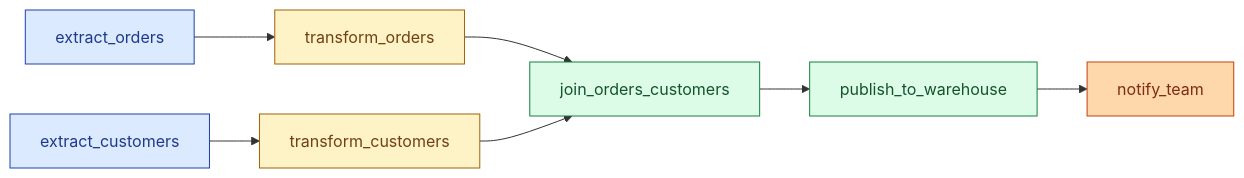
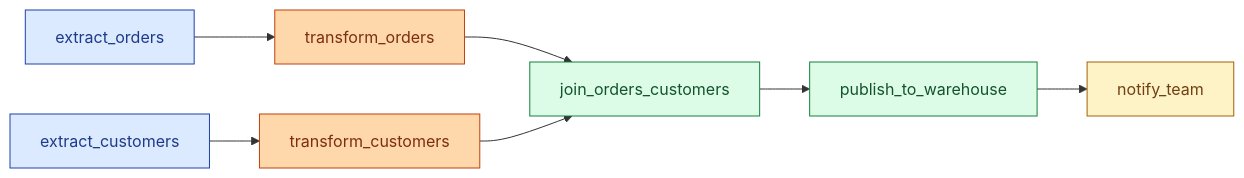
Before and after one commit to shiningflash/shiningflash.github.io: the first of 3 diagrams in _de_concepts/039-dags-and-scheduling.md, drawn with Mermaid. The commit also changed other lines of this file and 69 other files, not shown here.

````diff
--- a/_de_concepts/039-dags-and-scheduling.md
+++ b/_de_concepts/039-dags-and-scheduling.md
@@ -12,14 +16,14 @@
 ```mermaid
 flowchart LR
-    Ext["extract_orders"]:::a --> T1["transform_orders"]:::b
+    Ext1["extract_orders"]:::a --> T1["transform_orders"]:::b
     Ext2["extract_customers"]:::a --> T2["transform_customers"]:::b
     T1 --> J["join_orders_customers"]:::g
     T2 --> J
     J --> P["publish_to_warehouse"]:::g
-    P --> N["notify_team"]:::n
+    P --> N["notify_team"]:::y
 
     classDef a fill:#dbeafe,stroke:#1e40af,color:#1e3a8a
-    classDef b fill:#fef3c7,stroke:#a16207,color:#713f12
+    classDef b fill:#fed7aa,stroke:#c2410c,color:#7c2d12
     classDef g fill:#dcfce7,stroke:#15803d,color:#14532d
-    classDef n fill:#fed7aa,stroke:#c2410c,color:#7c2d12
+    classDef y fill:#fef3c7,stroke:#a16207,color:#713f12
 ```
````
